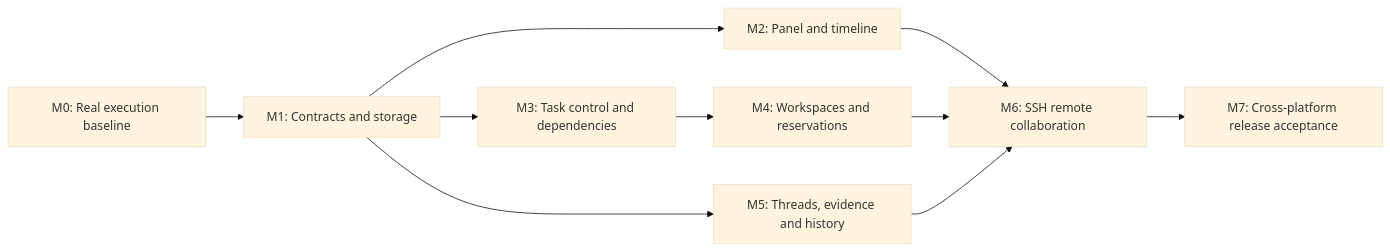
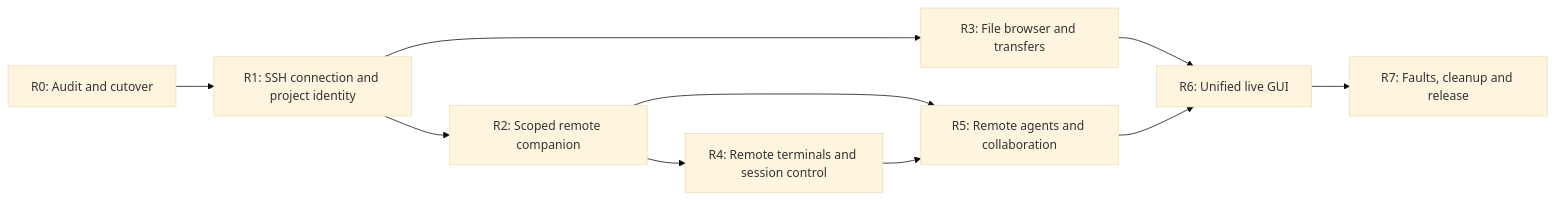
Before and after one commit to OthinusG/warp-lite: the diagram in specs/agent-communication-v2/PLAN.md, drawn with Mermaid (base theme). The commit also changed other lines of this file and 40 other files, not shown here.

Commit message:
refactor: retire device federation and preserve legacy collaboration history

````diff
--- a/specs/agent-communication-v2/PLAN.md
+++ b/specs/agent-communication-v2/PLAN.md
@@ -29,12 +57,12 @@
 ```mermaid
 flowchart LR
-    M0["M0: Real execution baseline"] --> M1["M1: Contracts and storage"]
-    M1 --> M2["M2: Panel and timeline"]
-    M1 --> M3["M3: Task control and dependencies"]
-    M3 --> M4["M4: Workspaces and reservations"]
-    M1 --> M5["M5: Threads, evidence and history"]
-    M2 --> M6["M6: SSH remote collaboration"]
-    M4 --> M6
-    M5 --> M6
-    M6 --> M7["M7: Cross-platform release acceptance"]
+    R0["R0: Audit and cutover"] --> R1["R1: SSH connection and project identity"]
+    R1 --> R2["R2: Scoped remote companion"]
+    R1 --> R3["R3: File browser and transfers"]
+    R2 --> R4["R4: Remote terminals and session control"]
+    R2 --> R5["R5: Remote agents and collaboration"]
+    R4 --> R5
+    R3 --> R6["R6: Unified live GUI"]
+    R5 --> R6
+    R6 --> R7["R7: Faults, cleanup and release"]
 ```
````
